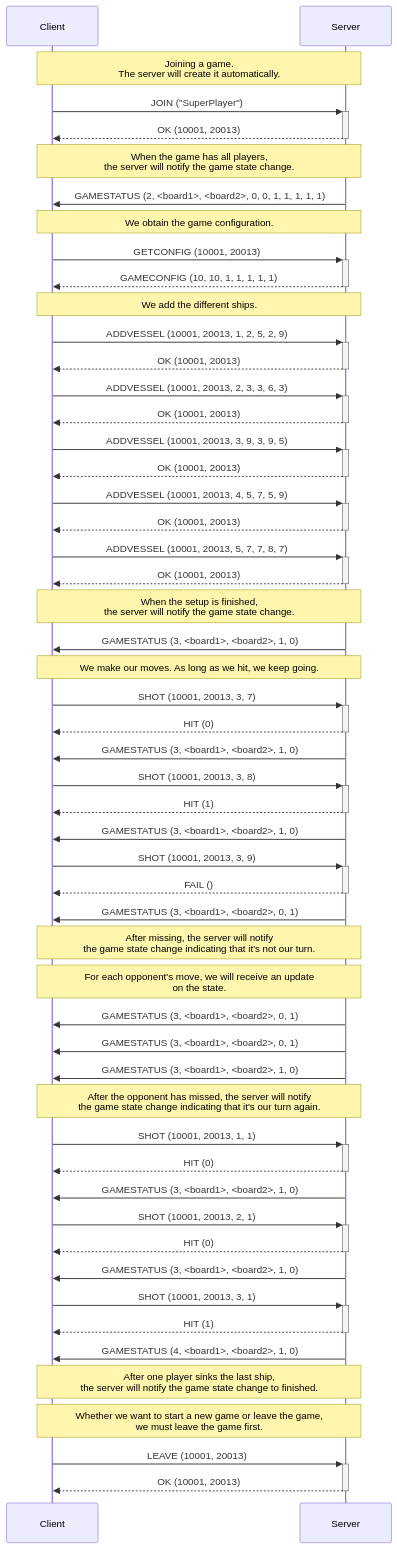
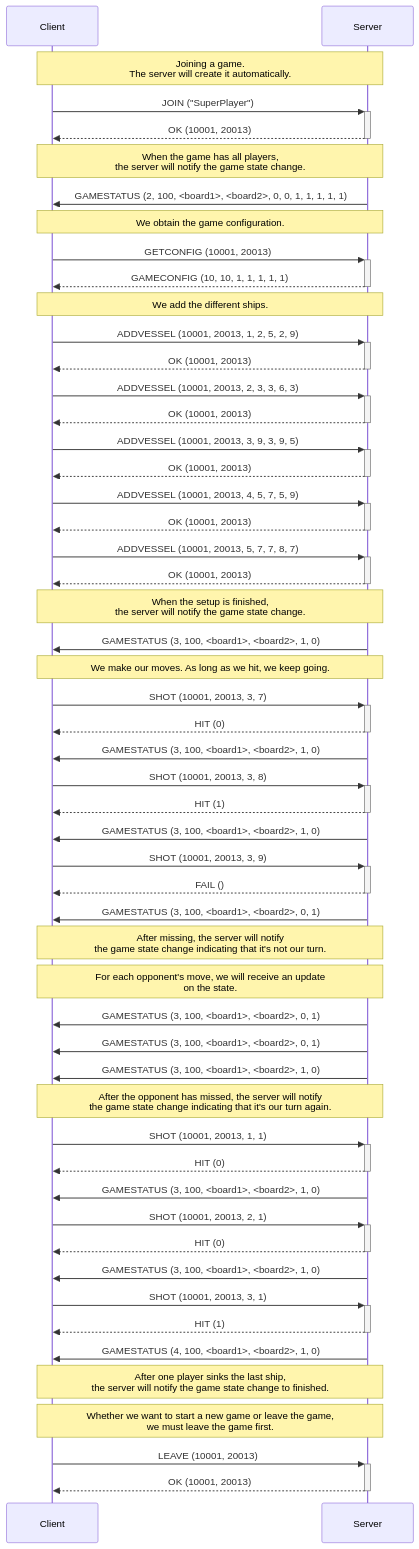
Before and after one commit to SoftwareDistribuitUB-2025/Enunciat_P1: the second of 4 diagrams in Guies/battleship_en.md, drawn with Mermaid. The commit also changed other lines of this file and 7 other files, not shown here.

````diff
--- a/Guies/battleship_en.md
+++ b/Guies/battleship_en.md
@@ -84,80 +84,80 @@
 ```mermaid
   sequenceDiagram
 
     note over Client,Server: Joining a game. <BR/>The server will create it automatically.
 
     Client->>+Server: JOIN ("SuperPlayer")
     Server-->>-Client: OK (10001, 20013)
 
     note over Client,Server: When the game has all players,<br/>the server will notify the game state change.
 
-    Server->>Client: GAMESTATUS (2, <board1>, <board2>, 0, 0, 1, 1, 1, 1, 1)
+    Server->>Client: GAMESTATUS (2, 100, <board1>, <board2>, 0, 0, 1, 1, 1, 1, 1)
 
     note over Client,Server: We obtain the game configuration.
     Client->>+Server: GETCONFIG (10001, 20013)
     Server-->>-Client: GAMECONFIG (10, 10, 1, 1, 1, 1, 1)
 
     note over Client,Server: We add the different ships.
     Client->>+Server: ADDVESSEL (10001, 20013, 1, 2, 5, 2, 9)
     Server-->>-Client: OK (10001, 20013)
     Client->>+Server: ADDVESSEL (10001, 20013, 2, 3, 3, 6, 3)
     Server-->>-Client: OK (10001, 20013)
     Client->>+Server: ADDVESSEL (10001, 20013, 3, 9, 3, 9, 5)
     Server-->>-Client: OK (10001, 20013)
     Client->>+Server: ADDVESSEL (10001, 20013, 4, 5, 7, 5, 9)
     Server-->>-Client: OK (10001, 20013)
     Client->>+Server: ADDVESSEL (10001, 20013, 5, 7, 7, 8, 7)
     Server-->>-Client: OK (10001, 20013)
 
     note over Client,Server: When the setup is finished,<br/>the server will notify the game state change.
 
-    Server->>Client: GAMESTATUS (3, <board1>, <board2>, 1, 0)
+    Server->>Client: GAMESTATUS (3, 100, <board1>, <board2>, 1, 0)
 
     note over Client,Server: We make our moves. As long as we hit, we keep going.
 
     Client->>+Server: SHOT (10001, 20013, 3, 7)
     Server-->>-Client: HIT (0)
 
-    Server->>Client: GAMESTATUS (3, <board1>, <board2>, 1, 0)
+    Server->>Client: GAMESTATUS (3, 100, <board1>, <board2>, 1, 0)
 
     Client->>+Server: SHOT (10001, 20013, 3, 8)
     Server-->>-Client: HIT (1)
 
-    Server->>Client: GAMESTATUS (3, <board1>, <board2>, 1, 0)
+    Server->>Client: GAMESTATUS (3, 100, <board1>, <board2>, 1, 0)
 
     Client->>+Server: SHOT (10001, 20013, 3, 9)
     Server-->>-Client: FAIL ()
 
-    Server->>Client: GAMESTATUS (3, <board1>, <board2>, 0, 1)
+    Server->>Client: GAMESTATUS (3, 100, <board1>, <board2>, 0, 1)
 
     note over Client,Server: After missing, the server will notify<br/>the game state change indicating that it's not our turn.
     note over Client,Server: For each opponent's move, we will receive an update<br/>on the state.
-    Server->>Client: GAMESTATUS (3, <board1>, <board2>, 0, 1)
-    Server->>Client: GAMESTATUS (3, <board1>, <board2>, 0, 1)
-    Server->>Client: GAMESTATUS (3, <board1>, <board2>, 1, 0)
+    Server->>Client: GAMESTATUS (3, 100, <board1>, <board2>, 0, 1)
+    Server->>Client: GAMESTATUS (3, 100, <board1>, <board2>, 0, 1)
+    Server->>Client: GAMESTATUS (3, 100, <board1>, <board2>, 1, 0)
 
     note over Client,Server: After the opponent has missed, the server will notify<br/>the game state change indicating that it's our turn again.
 
     Client->>+Server: SHOT (10001, 20013, 1, 1)
     Server-->>-Client: HIT (0)
 
-    Server->>Client: GAMESTATUS (3, <board1>, <board2>, 1, 0)
+    Server->>Client: GAMESTATUS (3, 100, <board1>, <board2>, 1, 0)
 
     Client->>+Server: SHOT (10001, 20013, 2, 1)
     Server-->>-Client: HIT (0)
 
-    Server->>Client: GAMESTATUS (3, <board1>, <board2>, 1, 0)
+    Server->>Client: GAMESTATUS (3, 100, <board1>, <board2>, 1, 0)
 
     Client->>+Server: SHOT (10001, 20013, 3, 1)
     Server-->>-Client: HIT (1)
 
-    Server->>Client: GAMESTATUS (4, <board1>, <board2>, 1, 0)
+    Server->>Client: GAMESTATUS (4, 100, <board1>, <board2>, 1, 0)
 
     note over Client,Server: After one player sinks the last ship,<br/>the server will notify the game state change to finished.
 
     note over Client,Server: Whether we want to start a new game or leave the game,<br/>we must leave the game first.
 
     Client->>+Server: LEAVE (10001, 20013)
     Server-->>-Client: OK (10001, 20013)
 
 ```
````
